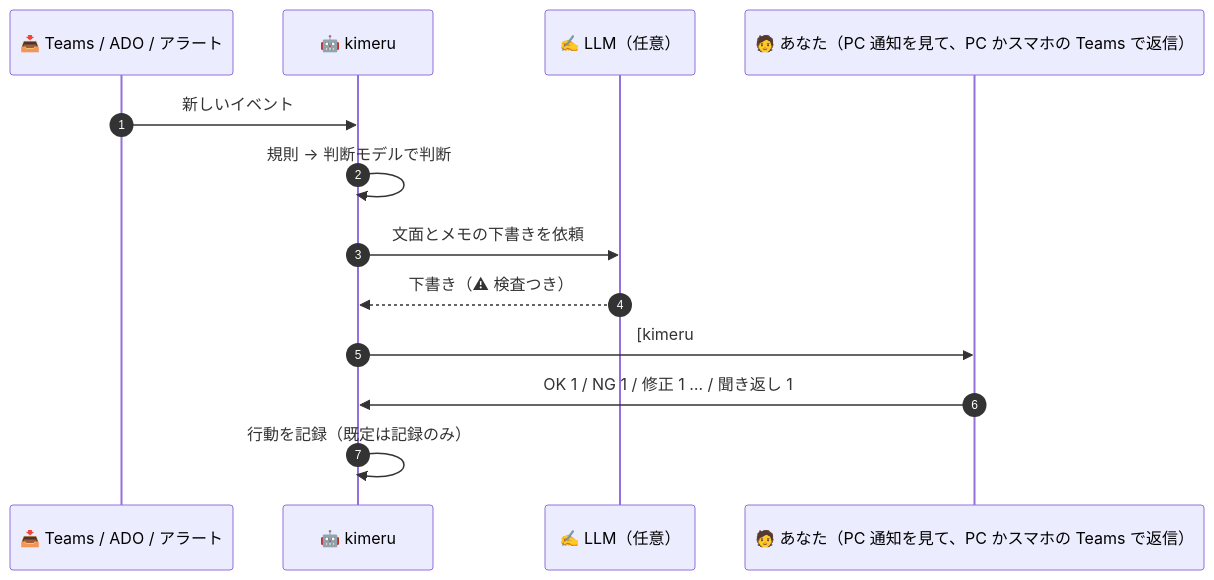
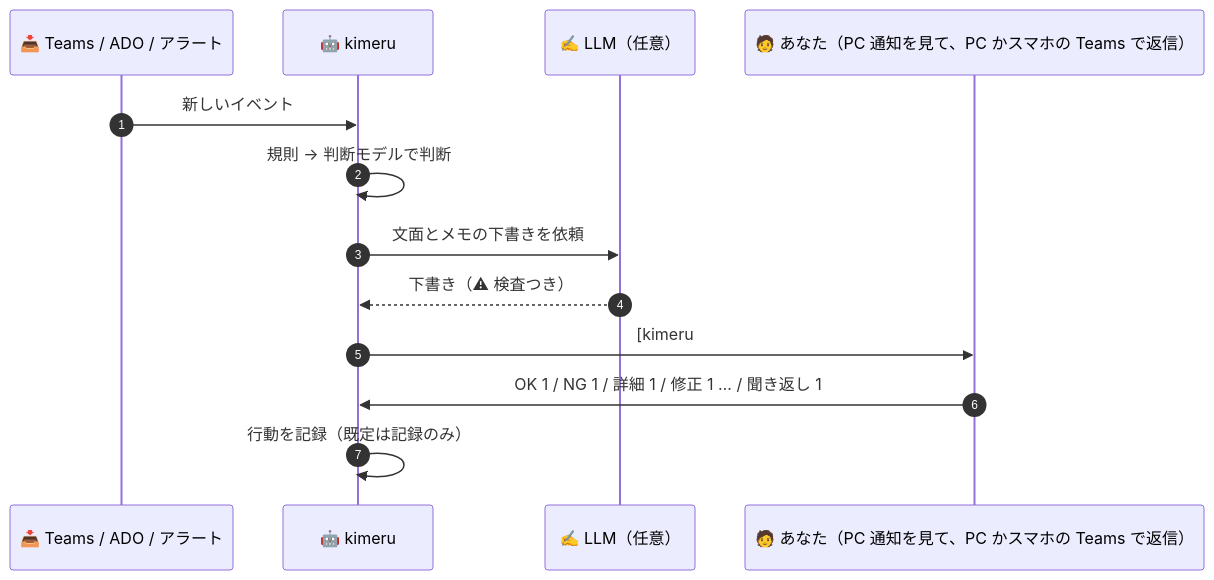
One commit to awano27/pm-decision changed the second of 4 diagrams in README.md. Above: the diagram before and after it, drawn with Mermaid. The commit also changed other lines of this file and 21 other files, not shown here.

````diff
--- a/README.md
+++ b/README.md
@@ -256,15 +234,15 @@
 ```mermaid
 sequenceDiagram
     autonumber
     participant S as 📥 Teams / ADO / アラート
     participant K as 🤖 kimeru
     participant L as ✍ LLM（任意）
     participant M as 🧑 あなた（PC 通知を見て、PC かスマホの Teams で返信）
     S->>K: 新しいイベント
     K->>K: 規則 → 判断モデルで判断
     K->>L: 文面とメモの下書きを依頼
     L-->>K: 下書き（⚠ 検査つき）
     K->>M: [kimeru #1] 自分宛てチャットに投稿 ＋ PC 通知（スマホには通知なし）
-    M->>K: OK 1 / NG 1 / 修正 1 … / 聞き返し 1
+    M->>K: OK 1 / NG 1 / 詳細 1 / 修正 1 … / 聞き返し 1
     K->>K: 行動を記録（既定は記録のみ）
 ```
````
